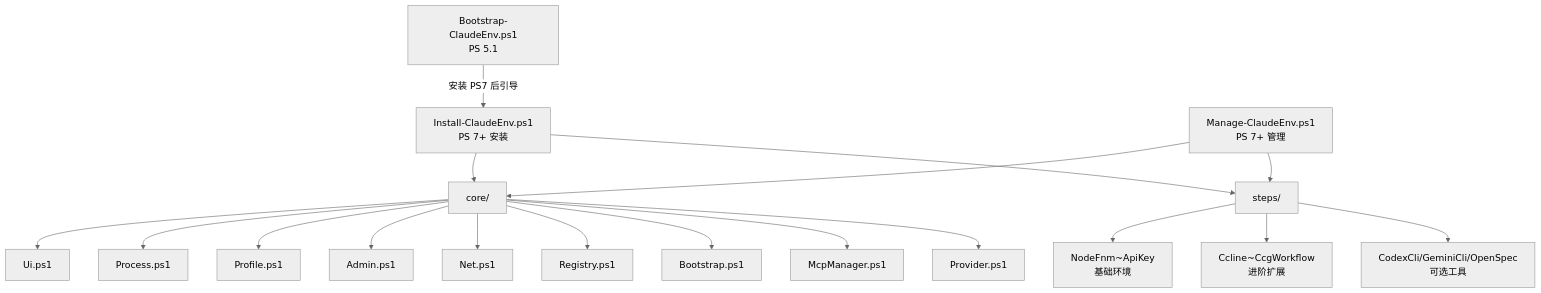
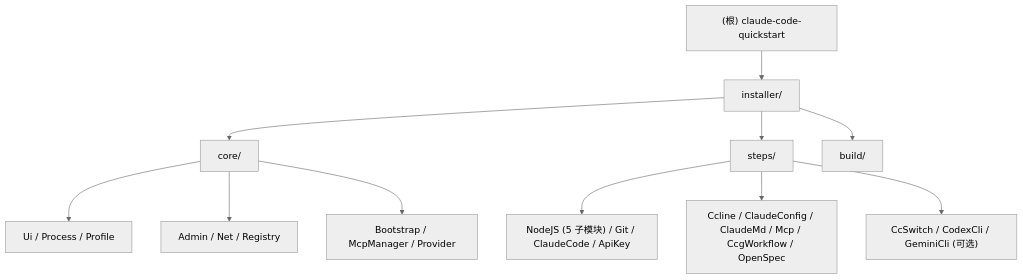
The diagram in CLAUDE.md (hkxiaoyao/claude-code-quickstart), drawn with Mermaid (neutral theme) before and after one commit. The commit also changed other lines of this file and 18 other files, not shown here.

First line of the commit message:
refactor(NodeJS): 模块化拆分——NodeFnm 单体 → 6 模块架构 + 多策略安装

````diff
--- a/CLAUDE.md
+++ b/CLAUDE.md
@@ -25,14 +24,15 @@
 ```mermaid
 graph TD
-    A[Bootstrap-ClaudeEnv.ps1<br/>PS 5.1] -->|安装 PS7 后引导| I[Install-ClaudeEnv.ps1<br/>PS 7+ 安装]
-    I --> C[core/]
-    I --> D[steps/]
-    M[Manage-ClaudeEnv.ps1<br/>PS 7+ 管理] --> C
-    M --> D
-    C --> C1[Ui.ps1] & C2[Process.ps1] & C3[Profile.ps1]
-    C --> C4[Admin.ps1] & C5[Net.ps1] & C6[Registry.ps1] & C7[Bootstrap.ps1]
-    C --> C8[McpManager.ps1] & C9[Provider.ps1]
-    D --> D1[NodeFnm~ApiKey<br/>基础环境]
-    D --> D2[Ccline~CcgWorkflow<br/>进阶扩展]
-    D --> D3[CodexCli/GeminiCli/OpenSpec<br/>可选工具]
+    A["(根) claude-code-quickstart"] --> B["installer/"]
+    B --> C["core/"]
+    B --> D["steps/"]
+    B --> E["build/"]
+    C --> C1["Ui / Process / Profile"]
+    C --> C2["Admin / Net / Registry"]
+    C --> C3["Bootstrap / McpManager / Provider"]
+    D --> D1["NodeJS (5 子模块) / Git / ClaudeCode / ApiKey"]
+    D --> D2["Ccline / ClaudeConfig / ClaudeMd / Mcp / CcgWorkflow / OpenSpec"]
+    D --> D3["CcSwitch / CodexCli / GeminiCli (可选)"]
+    click C "./installer/core/CLAUDE.md"
+    click D "./installer/steps/CLAUDE.md"
 ```
````
